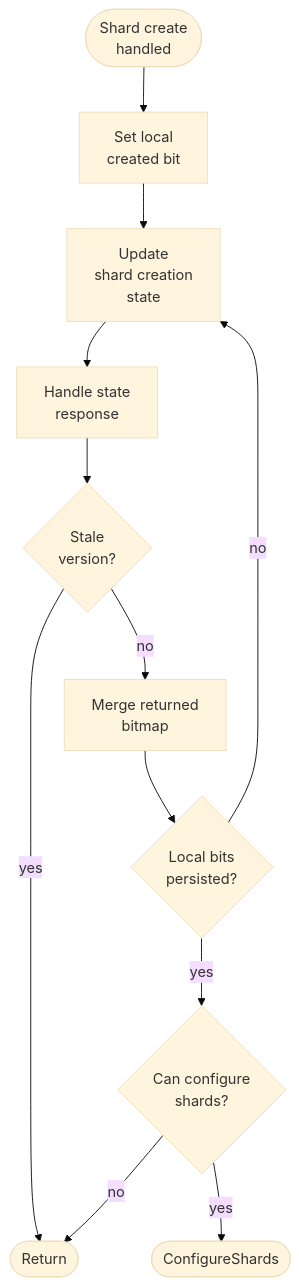
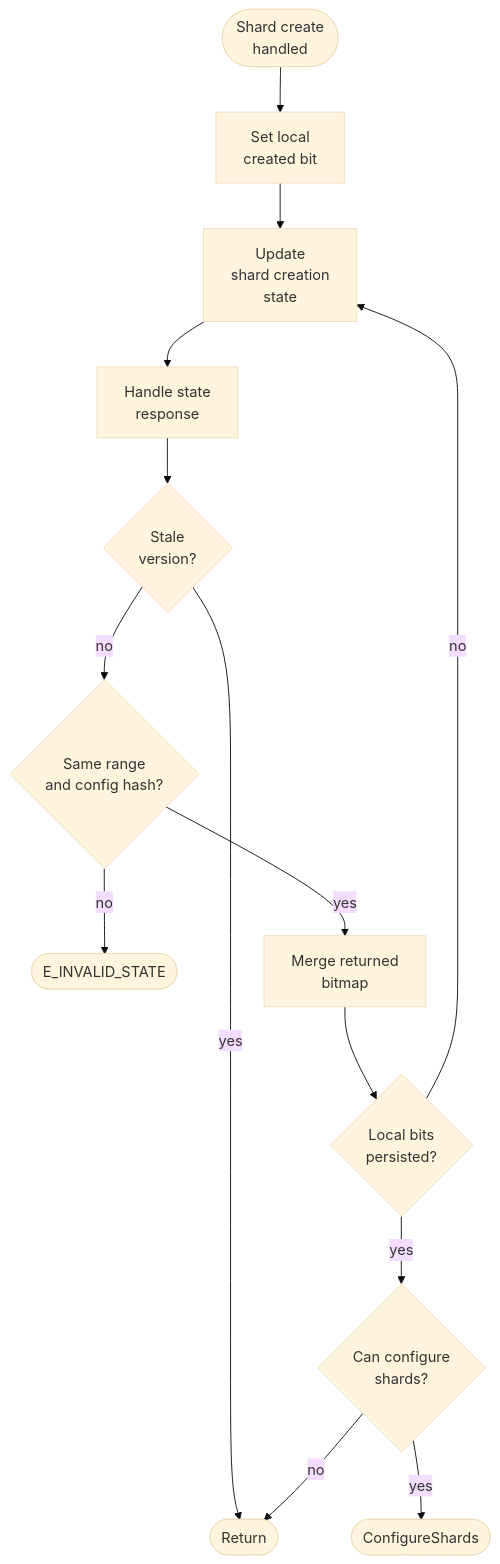
The fourth of 4 diagrams in doc/filestore/design/resize_flow.md (ydb-platform/nbs), drawn with Mermaid (base theme) before and after one commit. The commit also changed other lines of this file, not shown here.

````diff
--- a/doc/filestore/design/resize_flow.md
+++ b/doc/filestore/design/resize_flow.md
@@ -184,14 +195,16 @@
 ```mermaid
 flowchart TD
     Start([Shard create<br/>handled]) --> SetCreatedBit["Set local<br/>created bit"]
     SetCreatedBit --> UpdateState["Update<br/>shard creation<br/>state"]
     UpdateState --> StateResp["Handle state<br/>response"]
     StateResp --> StaleState{Stale<br/>version?}
     StaleState -->|yes| Done([Return])
-    StaleState -->|no| MergeState["Merge returned<br/>bitmap"]
+    StaleState -->|no| SameTarget{Same range<br/>and config hash?}
+    SameTarget -->|no| InvalidTarget([E_INVALID_STATE])
+    SameTarget -->|yes| MergeState["Merge returned<br/>bitmap"]
     MergeState --> BitsPersisted{Local bits<br/>persisted?}
     BitsPersisted -->|no| UpdateState
     BitsPersisted -->|yes| CanConfigure{Can configure<br/>shards?}
     CanConfigure -->|yes| Configure([ConfigureShards])
     CanConfigure -->|no| Done
 ```
````
